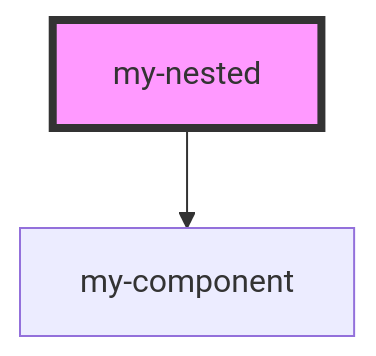
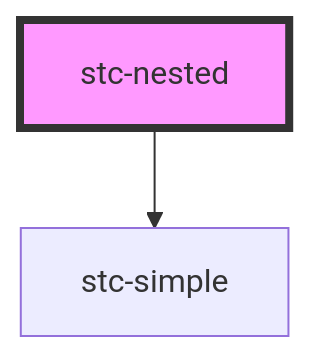
One commit to cary-smith/stencil-component-starter changed the diagram in src/components/my-nested/readme.md. Above: the diagram before and after it, drawn with Mermaid. The commit also changed other lines of this file and 16 other files, not shown here.

````diff
--- a/src/components/my-nested/readme.md
+++ b/src/components/my-nested/readme.md
@@ -15,5 +15,5 @@
 ```mermaid
 graph TD;
-  my-nested --> my-component
-  style my-nested fill:#f9f,stroke:#333,stroke-width:4px
+  stc-nested --> stc-simple
+  style stc-nested fill:#f9f,stroke:#333,stroke-width:4px
 ```
````
